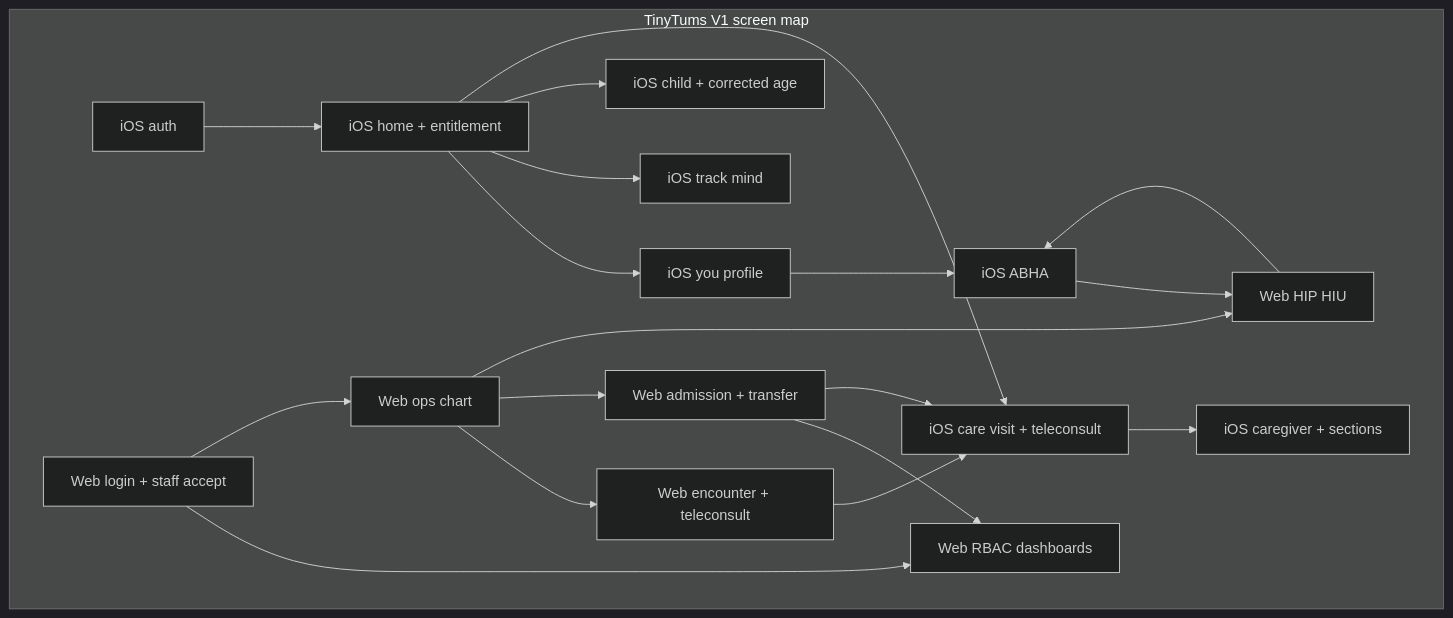
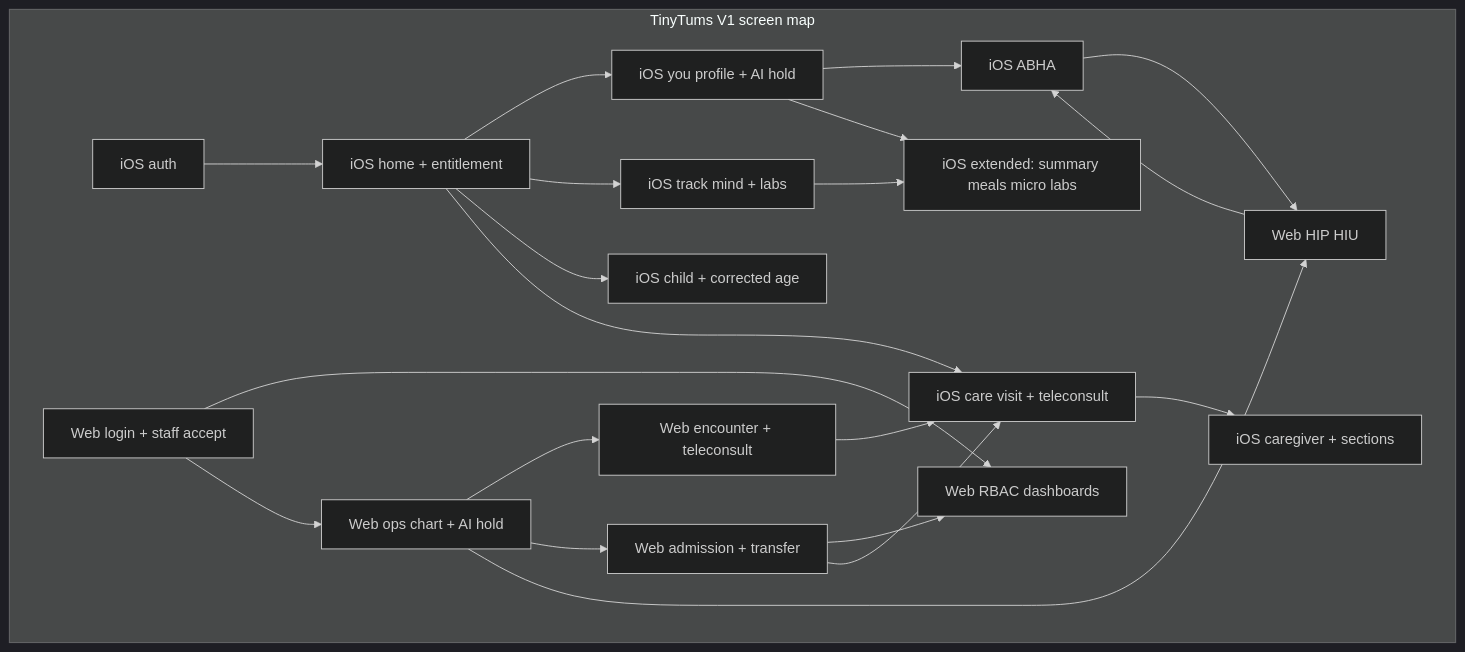
Before and after one commit to ShindeNayan17/tinytums: the diagram in penpot/flows/tinytums-v1-ui-overview.mmd, drawn with Mermaid (dark theme). The commit also changed 5 other files, not shown here.

```diff
--- a/penpot/flows/tinytums-v1-ui-overview.mmd
+++ b/penpot/flows/tinytums-v1-ui-overview.mmd
@@ -1,34 +1,37 @@
 flowchart TB
   subgraph index [TinyTums V1 screen map]
     iosAuth[iOS auth]
     iosHome[iOS home + entitlement]
-    iosYou[iOS you profile]
-    iosTrack[iOS track mind]
+    iosYou[iOS you profile + AI hold]
+    iosTrack[iOS track mind + labs]
     iosChild[iOS child + corrected age]
     iosCare[iOS care visit + teleconsult]
     iosCg[iOS caregiver + sections]
     iosAbha[iOS ABHA]
     webAuth[Web login + staff accept]
-    webOps[Web ops chart]
+    webOps[Web ops chart + AI hold]
     webEnc[Web encounter + teleconsult]
     webAdmit[Web admission + transfer]
     webRbac[Web RBAC dashboards]
     webAbdm[Web HIP HIU]
+    iosExtended[iOS extended: summary meals micro labs]
   end
   iosAuth --> iosHome
   iosHome --> iosYou
   iosHome --> iosTrack
   iosHome --> iosChild
   iosHome --> iosCare
   iosYou --> iosAbha
   iosCare --> iosCg
   webAuth --> webRbac
   webAuth --> webOps
   webOps --> webEnc
   webOps --> webAdmit
   webAdmit --> webRbac
   webEnc --> iosCare
   webAdmit --> iosCare
   webOps --> webAbdm
   iosAbha --> webAbdm
   webAbdm --> iosAbha
+  iosYou --> iosExtended
+  iosTrack --> iosExtended
```
